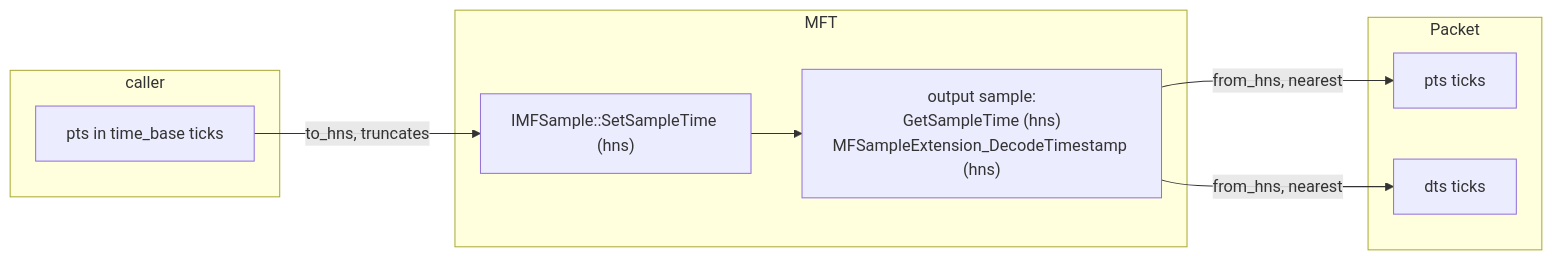
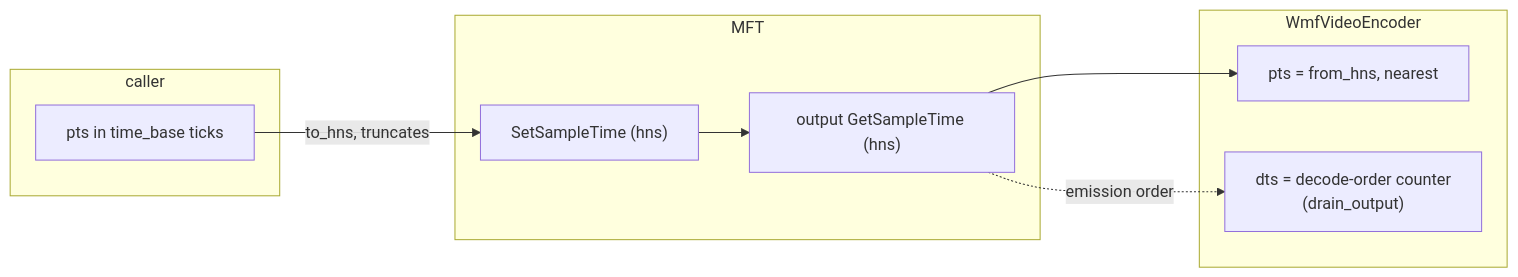
One commit to nyxways/mediaway changed the diagram in docs/ai/wiki/platform/windows-timestamps.md. Above: the diagram before and after it, drawn with Mermaid. The commit also changed other lines of this file and 11 other files, not shown here.

````diff
--- a/docs/ai/wiki/platform/windows-timestamps.md
+++ b/docs/ai/wiki/platform/windows-timestamps.md
@@ -12,17 +12,16 @@
 ```mermaid
 flowchart LR
   subgraph caller
     A["pts in time_base ticks"]
   end
   subgraph wmf["MFT"]
-    B["IMFSample::SetSampleTime (hns)"]
-    C["output sample:<br/>GetSampleTime (hns)<br/>MFSampleExtension_DecodeTimestamp (hns)"]
+    B["SetSampleTime (hns)"]
+    C["output GetSampleTime (hns)"]
   end
-  subgraph back["Packet"]
-    D["pts ticks"]
-    E["dts ticks"]
+  subgraph encoder["WmfVideoEncoder"]
+    D["pts = from_hns, nearest"]
+    E["dts = decode-order counter<br/>(drain_output)"]
   end
-  A -->|to_hns, truncates| B --> C
-  C -->|from_hns, nearest| D
-  C -->|from_hns, nearest| E
+  A -->|to_hns, truncates| B --> C --> D
+  C -.->|emission order| E
 ```
````
